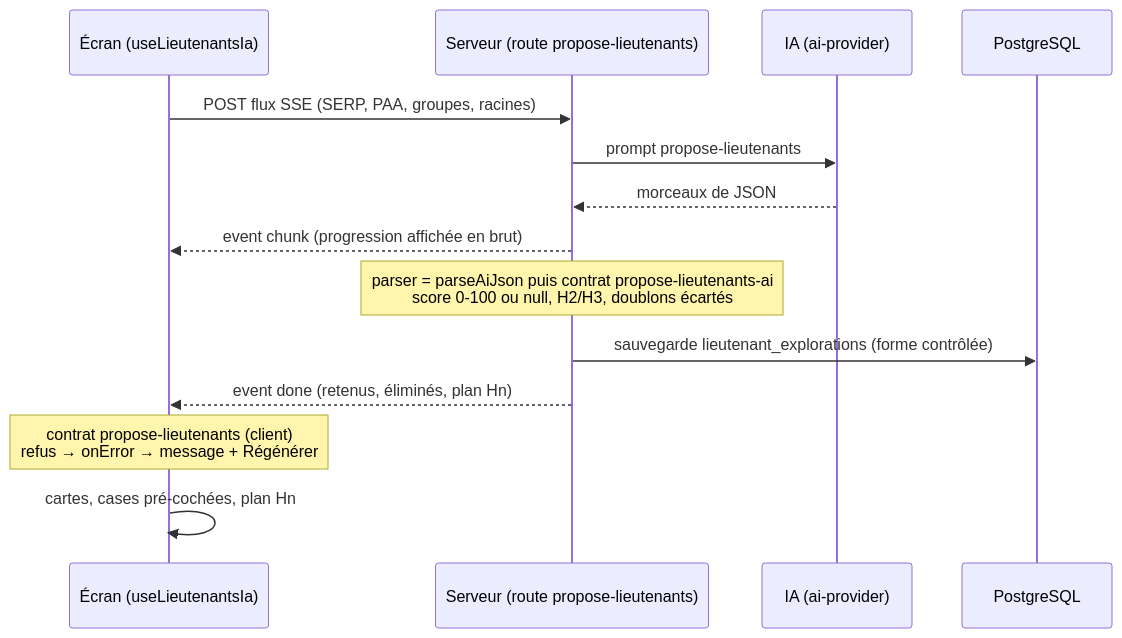
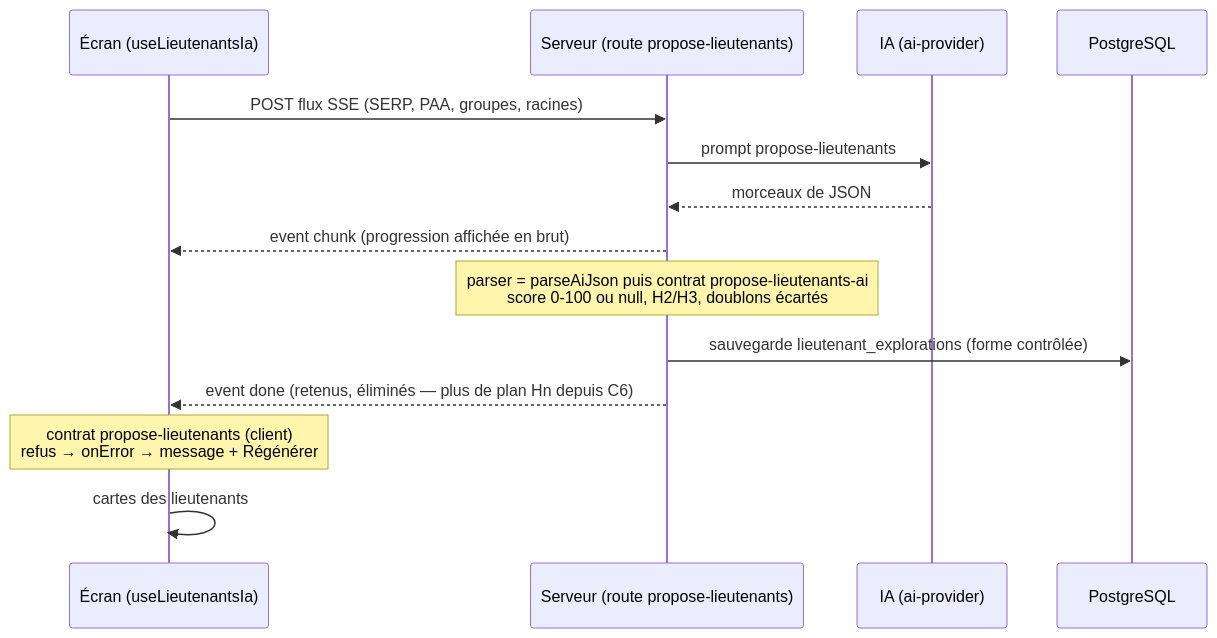
One commit to annubis-knight/Blog_Redactor_SEO changed diagram 39 of 42 in docs/contrats-affichage-moteur.md. Above: the diagram before and after it, drawn with Mermaid. The commit also changed other lines of this file and 11 other files, not shown here.

````diff
--- a/docs/contrats-affichage-moteur.md
+++ b/docs/contrats-affichage-moteur.md
@@ -1137,16 +1138,16 @@
 ```mermaid
 sequenceDiagram
   participant E as Écran (useLieutenantsIa)
   participant S as Serveur (route propose-lieutenants)
   participant IA as IA (ai-provider)
   participant DB as PostgreSQL
   E->>S: POST flux SSE (SERP, PAA, groupes, racines)
   S->>IA: prompt propose-lieutenants
   IA-->>S: morceaux de JSON
   S-->>E: event chunk (progression affichée en brut)
   Note over S: parser = parseAiJson puis contrat propose-lieutenants-ai<br/>score 0-100 ou null, H2/H3, doublons écartés
   S->>DB: sauvegarde lieutenant_explorations (forme contrôlée)
-  S-->>E: event done (retenus, éliminés, plan Hn)
+  S-->>E: event done (retenus, éliminés — plus de plan Hn depuis C6)
   Note over E: contrat propose-lieutenants (client)<br/>refus → onError → message + Régénérer
-  E->>E: cartes, cases pré-cochées, plan Hn
+  E->>E: cartes des lieutenants
 ```
````
